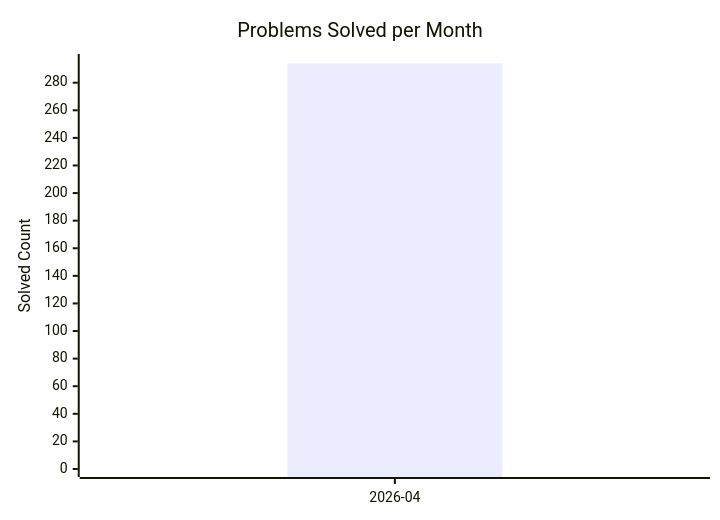
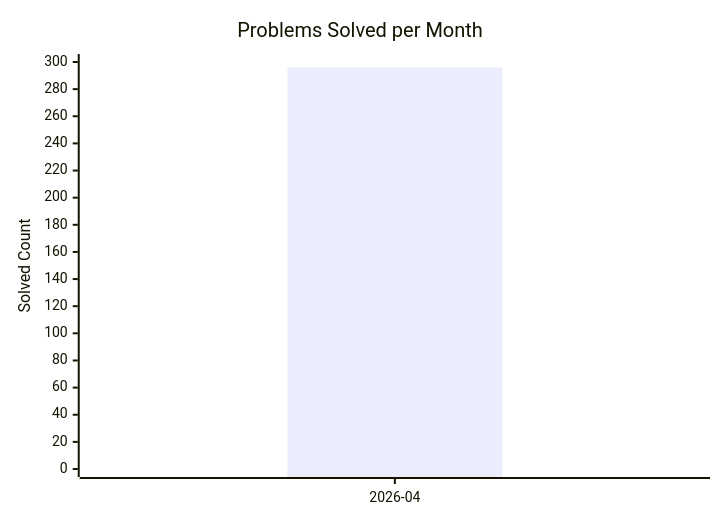
Before and after one commit to AdityaPandey-DEV/CP-Progress-Sync: the diagram in dashboard.md, drawn with Mermaid. The commit also changed other lines of this file, not shown here.

Commit message:
Auto-update CP dashboard [skip ci]

````diff
--- a/dashboard.md
+++ b/dashboard.md
@@ -8,8 +8,8 @@
 ```mermaid
 xychart-beta
     title "Problems Solved per Month"
     x-axis ["2026-04"]
-    y-axis "Solved Count" 0 --> 295
-    bar [294]
-    line [294]
+    y-axis "Solved Count" 0 --> 300
+    bar [296]
+    line [296]
 ```
````
